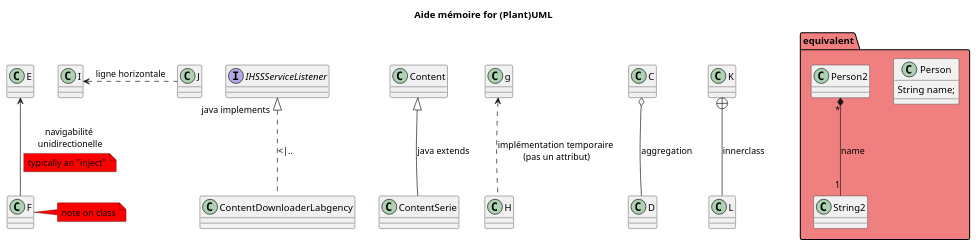
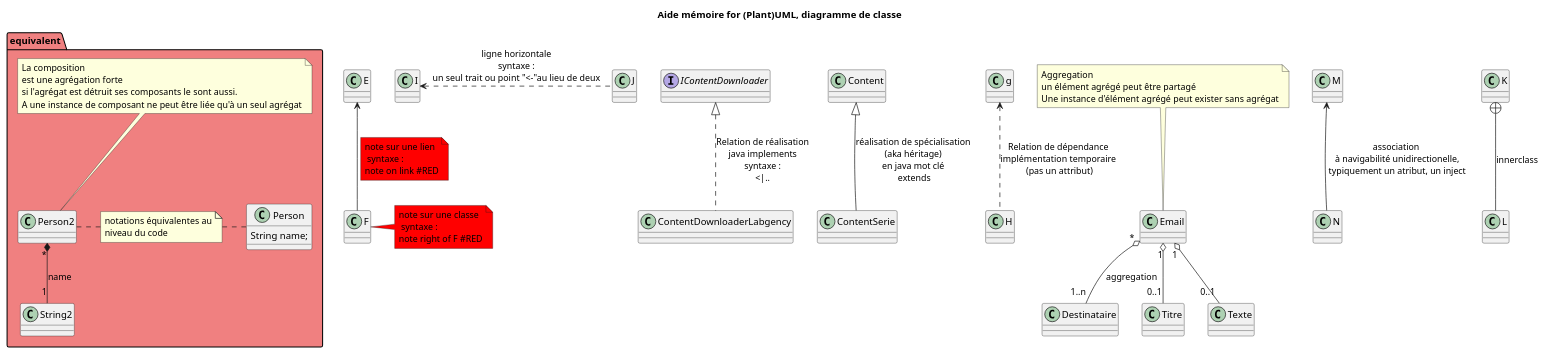
The diagram in slides/memo_uml.pu (nbossard/plantuml_demo), drawn with PlantUML before and after one commit.

Commit message:
màj memo uml suite aux remarques

```diff
--- a/slides/memo_uml.pu
+++ b/slides/memo_uml.pu
@@ -1,33 +1,43 @@
 @startuml
 
-    title Aide mémoire for (Plant)UML
+    title Aide mémoire for (Plant)UML, diagramme de classe
 
-    interface IHSSServiceListener
+    interface IContentDownloader
 
-    Content <|-- ContentSerie : "java extends"
-    IHSSServiceListener <|.. ContentDownloaderLabgency : "java implements" <|..
-    g <.. H : implémentation temporaire\n (pas un attribut)
+    Content <|-- ContentSerie : réalisation de spécialisation\n(aka héritage)\nen java mot clé\n extends
+    IContentDownloader <|.. ContentDownloaderLabgency : Relation de réalisation\njava implements\nsyntaxe :\n<|..
+    g <.. H : Relation de dépendance\nimplémentation temporaire\n (pas un attribut)
 
     ' commentaire, nom des couleurs http://www.w3schools.com/HTML/html_colornames.asp
     Package equivalent #LightCoral {
         Class Person {
             String name;
         }
         Person2 "*" *-- "1" String2 : name
+        Note top of Person2:  La composition\nest une agrégation forte\nsi l'agrégat est détruit ses composants le sont aussi.\nA une instance de composant ne peut être liée qu'à un seul agrégat
+
+        note "notations équivalentes au\nniveau du code" as equivalent
+        Person2 . equivalent
+        equivalent . Person
     }
 
-    C o-- D : aggregation
+    Email "*" o-- "1..n" Destinataire : aggregation
+    Email "1" o-- "0..1" Titre
+    Email "1" o-- "0..1" Texte
+    Note top of Email : Aggregation\nun élément agrégé peut être partagé\nUne instance d'élément agrégé peut exister sans agrégat
 
-    E <-- F : navigabilité \nunidirectionelle
-    note on link #red: typically an "inject"
-    note right of F #RED : note on class
+    M <-- N : association\n à navigabilité unidirectionelle,\n typiquement un atribut, un inject
+
+    E <-- F
+    note on link #red: note sur une lien\n syntaxe : \nnote on link #RED
+    note right of F #RED : note sur une classe\n syntaxe : \nnote right of F #RED
 
     K +-- L : innerclass
 
-    I<.J : ligne horizontale
+    I<.J : ligne horizontale\n syntaxe : \nun seul trait ou point "<-"au lieu de deux
 
     ' ---- Hide a class : ----
     class Z
     hide Z
 
 @enduml
```
